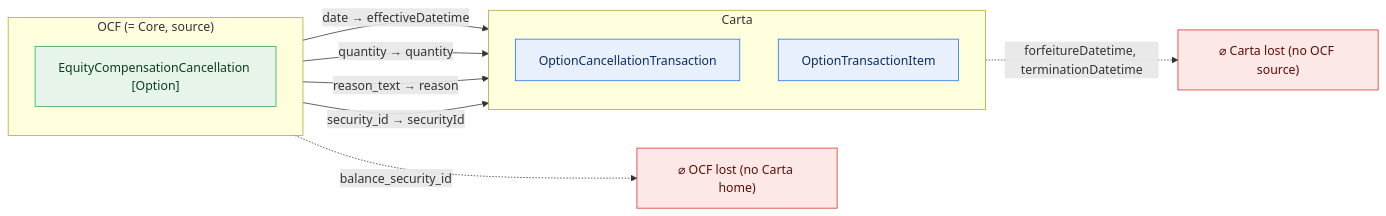
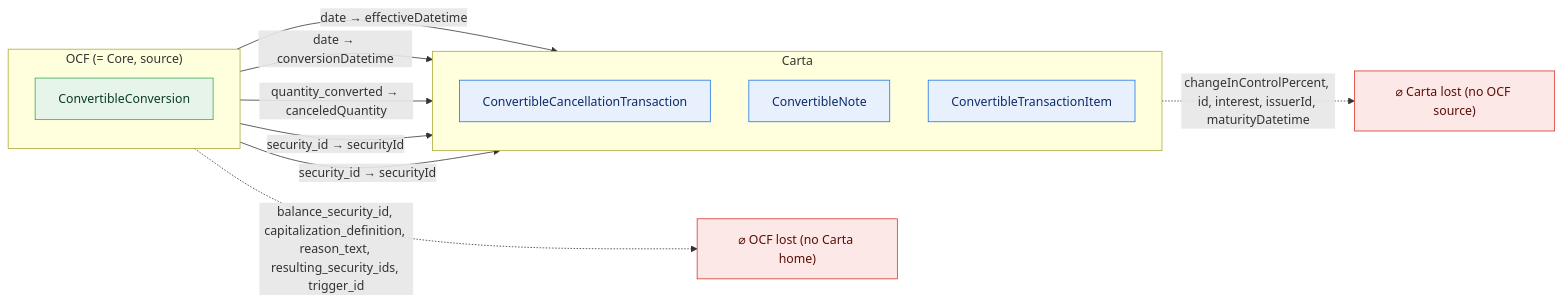
One commit to Open-Cap-Table-Coalition/OCF-Composed-Schemas changed diagram 21 of 50 in docs/core-bidirectional-flow.md. Above: the diagram before and after it, drawn with Mermaid. The commit also changed other lines of this file and 33 other files, not shown here.

````diff
--- a/docs/core-bidirectional-flow.md
+++ b/docs/core-bidirectional-flow.md
@@ -718,24 +887,26 @@
 ```mermaid
 flowchart LR
   classDef adm fill:#e6f4ea,stroke:#34a853,color:#0b3d20;
   classDef notadm fill:#f1f3f4,stroke:#9aa0a6,color:#5f6368,stroke-dasharray:4 3;
   classDef carta fill:#e8f0fe,stroke:#1a73e8,color:#0d2b66;
   classDef lost fill:#fce8e6,stroke:#d93025,color:#5c0d06;
   subgraph SRC["OCF (= Core, source)"]
     direction TB
-    o0["EquityCompensationCancellation [Option]"]:::adm
+    o0["ConvertibleConversion"]:::adm
   end
   subgraph TGT["Carta"]
     direction TB
-    t0["OptionCancellationTransaction"]:::carta
-    t1["OptionTransactionItem"]:::carta
+    t0["ConvertibleCancellationTransaction"]:::carta
+    t1["ConvertibleNote"]:::carta
+    t2["ConvertibleTransactionItem"]:::carta
   end
   ocflost["⌀ OCF lost (no Carta home)"]:::lost
   cartalost["⌀ Carta lost (no OCF source)"]:::lost
   o0 -->|"date → effectiveDatetime"| t0
-  o0 -->|"quantity → quantity"| t0
-  o0 -->|"reason_text → reason"| t0
+  o0 -->|"date → conversionDatetime"| t1
+  o0 -->|"quantity_converted → canceledQuantity"| t1
+  o0 -->|"security_id → securityId"| t2
   o0 -->|"security_id → securityId"| t1
-  o0 -.->|"balance_security_id"| ocflost
-  t0 -.->|"forfeitureDatetime, terminationDatetime"| cartalost
+  o0 -.->|"balance_security_id, capitalization_definition, reason_text, resulting_security_ids, trigger_id"| ocflost
+  t1 -.->|"changeInControlPercent, id, interest, issuerId, maturityDatetime"| cartalost
 ```
````
